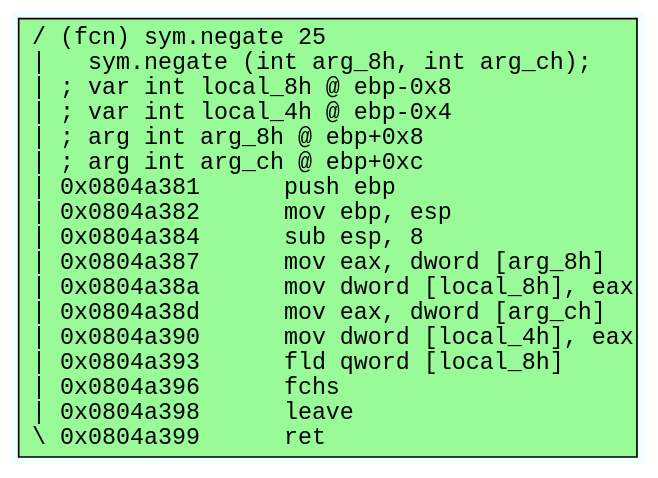
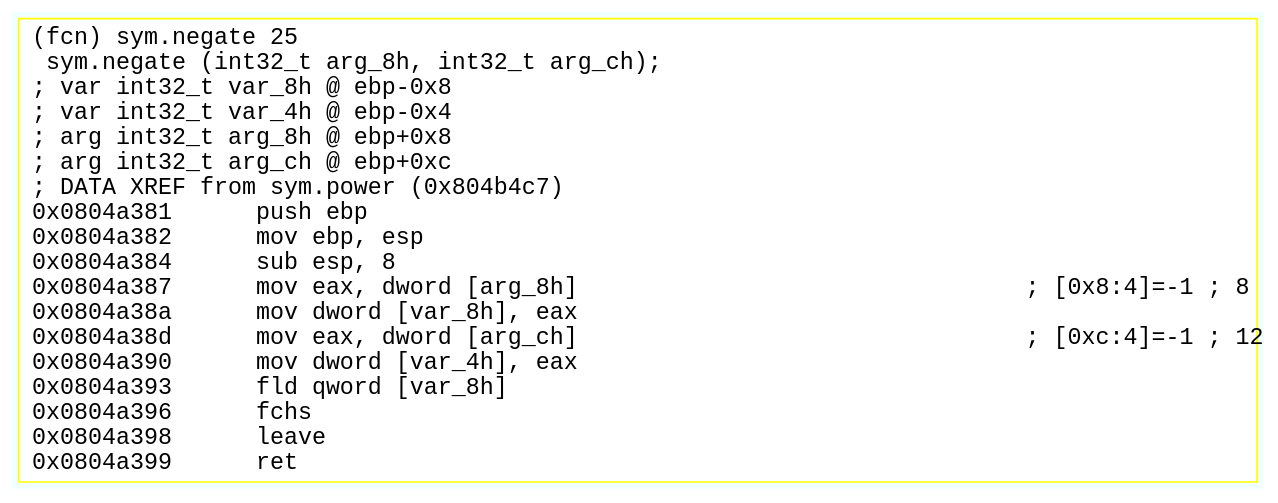
One commit to ClonedOne/cov_host changed the diagram in dotfiles/sym.negate.dot. Above: the diagram before and after it, drawn with Graphviz. The commit also changed 76 other files, not shown here.

```diff
--- a/dotfiles/sym.negate.dot
+++ b/dotfiles/sym.negate.dot
@@ -1,6 +1,6 @@
 digraph code {
 	graph [bgcolor=azure fontsize=8 fontname="Courier" splines="ortho"];
 	node [fillcolor=gray style=filled shape=box];
 	edge [arrowhead="normal"];
-	"0x0804a381" [URL="sym.negate/0x0804a381", fillcolor="palegreen",color="black", fontname="Courier",label="/ (fcn) sym.negate 25\l|   sym.negate (int arg_8h, int arg_ch);\l| ; var int local_8h @ ebp-0x8\l| ; var int local_4h @ ebp-0x4\l| ; arg int arg_8h @ ebp+0x8\l| ; arg int arg_ch @ ebp+0xc\l| 0x0804a381      push ebp\l| 0x0804a382      mov ebp, esp\l| 0x0804a384      sub esp, 8\l| 0x0804a387      mov eax, dword [arg_8h]\l| 0x0804a38a      mov dword [local_8h], eax\l| 0x0804a38d      mov eax, dword [arg_ch]\l| 0x0804a390      mov dword [local_4h], eax\l| 0x0804a393      fld qword [local_8h]\l| 0x0804a396      fchs\l| 0x0804a398      leave\l\\ 0x0804a399      ret\l"]
+	"0x0804a381" [URL="sym.negate/0x0804a381", fillcolor="white",color="yellow", fontname="Courier",label="(fcn) sym.negate 25\l  sym.negate (int32_t arg_8h, int32_t arg_ch);\l; var int32_t var_8h @ ebp-0x8\l; var int32_t var_4h @ ebp-0x4\l; arg int32_t arg_8h @ ebp+0x8\l; arg int32_t arg_ch @ ebp+0xc\l; DATA XREF from sym.power (0x804b4c7)\l0x0804a381      push ebp\l0x0804a382      mov ebp, esp\l0x0804a384      sub esp, 8\l0x0804a387      mov eax, dword [arg_8h]                                ; [0x8:4]=-1 ; 8\l0x0804a38a      mov dword [var_8h], eax\l0x0804a38d      mov eax, dword [arg_ch]                                ; [0xc:4]=-1 ; 12\l0x0804a390      mov dword [var_4h], eax\l0x0804a393      fld qword [var_8h]\l0x0804a396      fchs\l0x0804a398      leave\l0x0804a399      ret\l"]
 }
```
